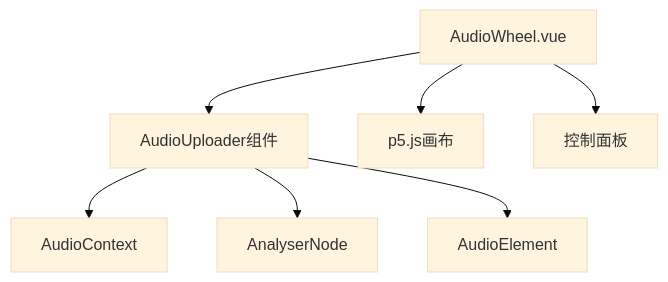
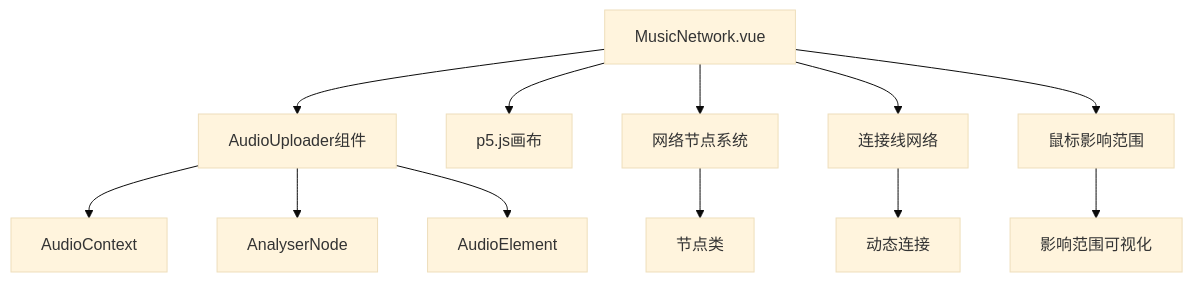
Before and after one commit to yuyezhizhi/yuyezhizhi.github.io: the tenth of 13 diagrams in .qoder/repowiki/zh/content/路由系统更新.md, drawn with Mermaid (base theme). The commit also changed other lines of this file and 14 other files, not shown here.

````diff
--- a/.qoder/repowiki/zh/content/路由系统更新.md
+++ b/.qoder/repowiki/zh/content/路由系统更新.md
@@ -371,9 +414,14 @@
 ```mermaid
 flowchart TD
-AudioWheel[AudioWheel.vue] --> AudioUploader[AudioUploader组件]
-AudioWheel --> P5Canvas[p5.js画布]
-AudioWheel --> Controls[控制面板]
+MusicNetwork[MusicNetwork.vue] --> AudioUploader[AudioUploader组件]
+MusicNetwork --> P5Canvas[p5.js画布]
+MusicNetwork --> NetworkNodes[网络节点系统]
+MusicNetwork --> ConnectionLines[连接线网络]
+MusicNetwork --> MouseInfluence[鼠标影响范围]
 AudioUploader --> AudioContext[AudioContext]
 AudioUploader --> AnalyserNode[AnalyserNode]
 AudioUploader --> AudioElement[AudioElement]
+NetworkNodes --> NodeClass[节点类]
+ConnectionLines --> DynamicConnections[动态连接]
+MouseInfluence --> InfluenceVisual[影响范围可视化]
 ```
````
